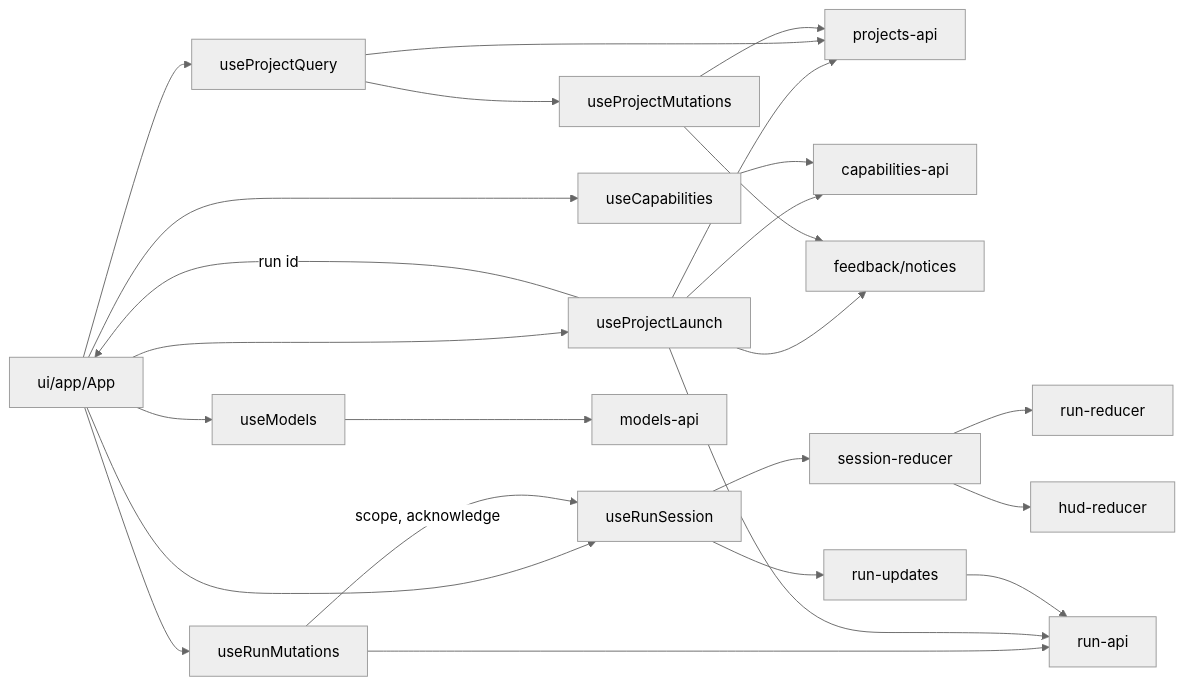
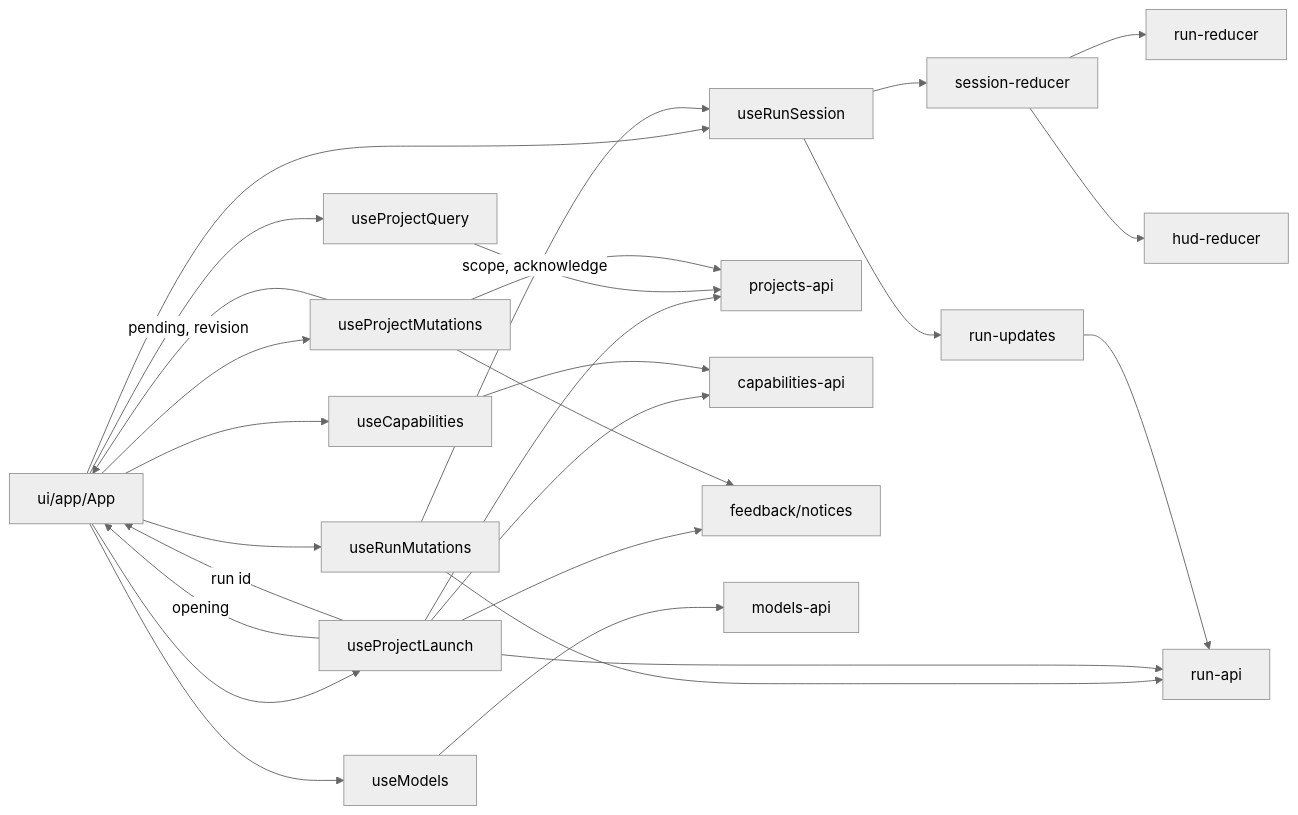
Before and after one commit to Tachion-Oy/robozium: the diagram in desktop/renderer/src/ARCHITECTURE.md, drawn with Mermaid (neutral theme). The commit also changed other lines of this file and 5 other files, not shown here.

First line of the commit message:
Keep the project query read-only, beside its mutation and launch owners

````diff
--- a/desktop/renderer/src/ARCHITECTURE.md
+++ b/desktop/renderer/src/ARCHITECTURE.md
@@ -48,25 +48,27 @@
 ```mermaid
 flowchart LR
   App["ui/app/App"] --> Models["useModels"]
   App --> Query["useProjectQuery"]
+  App --> Mutations["useProjectMutations"]
+  Mutations -- "pending, revision" --> App
+  Launch -- "opening" --> App
   App --> Capabilities["useCapabilities"]
   App --> Launch["useProjectLaunch"]
   App --> Session["useRunSession"]
   App --> RunMutations["useRunMutations"]
   RunMutations -- "scope, acknowledge" --> Session
   RunMutations --> RunApi
   Launch -- "run id" --> App
   Launch --> ProjectsApi["projects-api"]
   Launch --> CapabilitiesApi["capabilities-api"]
   Launch --> RunApi["run-api"]
   Launch --> Notices["feedback/notices"]
   Session --> Updates["run-updates"] --> RunApi
   Session --> Reducer["session-reducer"] --> RunReducer["run-reducer"]
   Reducer --> HudReducer["hud-reducer"]
   Query --> ProjectsApi
-  Query --> Mutations["useProjectMutations"]
   Mutations --> ProjectsApi
   Mutations --> Notices
   Capabilities --> CapabilitiesApi
   Models --> ModelsApi["models-api"]
 ```
````
